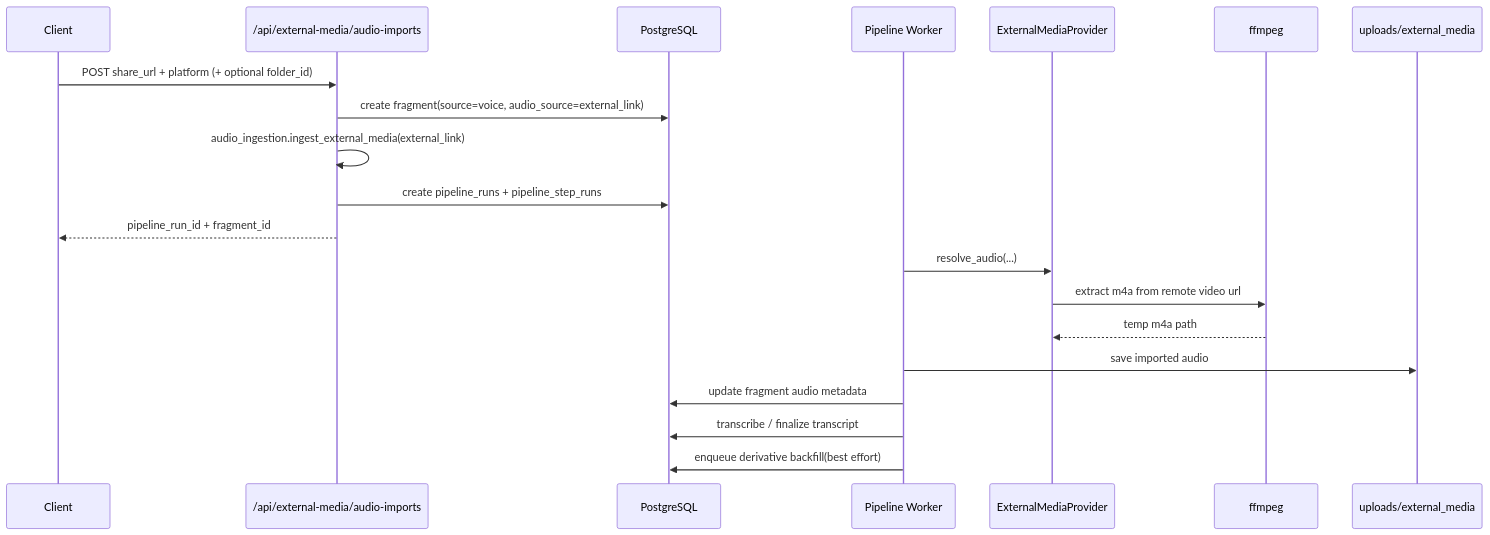
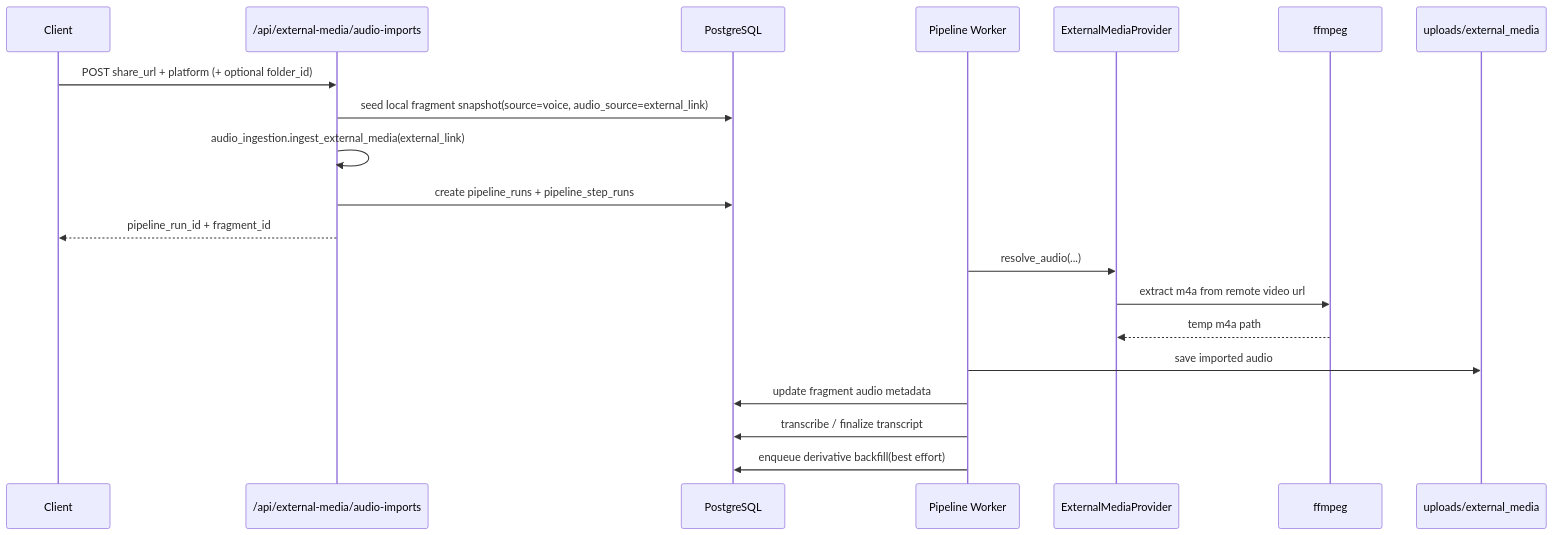
Before and after one commit to YCZA2/SparkFlow: the fifth of 9 diagrams in memory-bank/architecture.md, drawn with Mermaid. The commit also changed other lines of this file and 21 other files, not shown here.

````diff
--- a/memory-bank/architecture.md
+++ b/memory-bank/architecture.md
@@ -431,23 +436,23 @@
 ```mermaid
 sequenceDiagram
     participant App as Client
     participant API as /api/external-media/audio-imports
     participant DB as PostgreSQL
     participant PIPE as Pipeline Worker
     participant Provider as ExternalMediaProvider
     participant FF as ffmpeg
     participant FS as uploads/external_media
 
     App->>API: POST share_url + platform (+ optional folder_id)
-    API->>DB: create fragment(source=voice, audio_source=external_link)
+    API->>DB: seed local fragment snapshot(source=voice, audio_source=external_link)
     API->>API: audio_ingestion.ingest_external_media(external_link)
     API->>DB: create pipeline_runs + pipeline_step_runs
     API-->>App: pipeline_run_id + fragment_id
     PIPE->>Provider: resolve_audio(...)
     Provider->>FF: extract m4a from remote video url
     FF-->>Provider: temp m4a path
     PIPE->>FS: save imported audio
     PIPE->>DB: update fragment audio metadata
     PIPE->>DB: transcribe / finalize transcript
     PIPE->>DB: enqueue derivative backfill(best effort)
 ```
````
